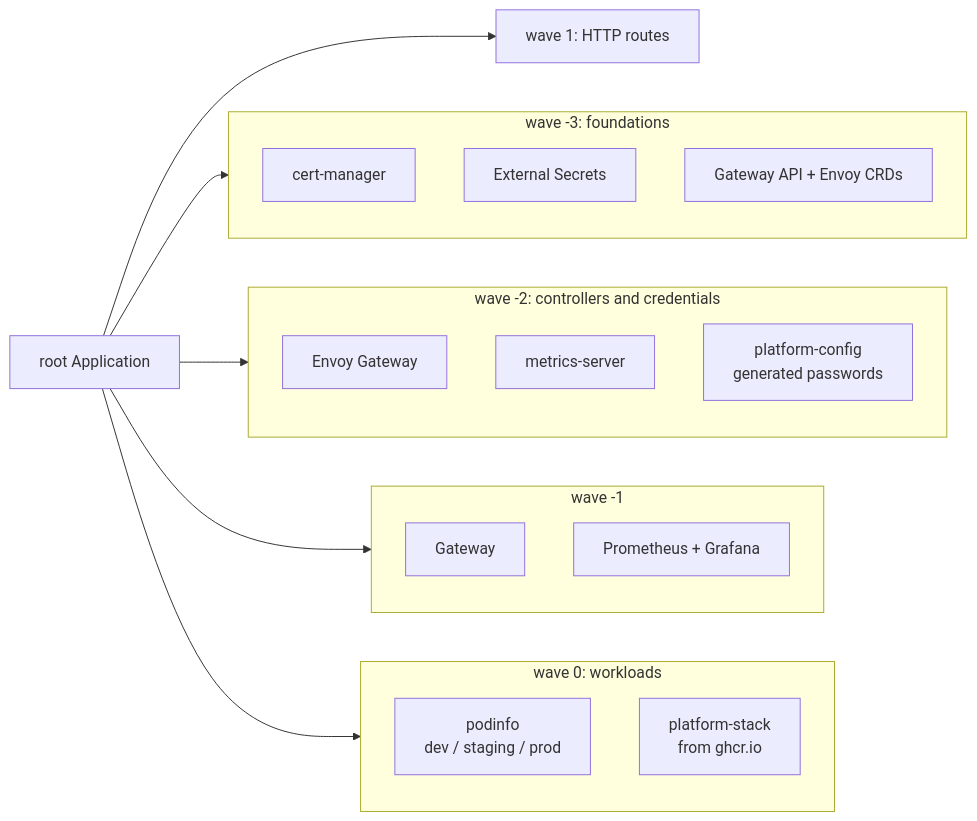
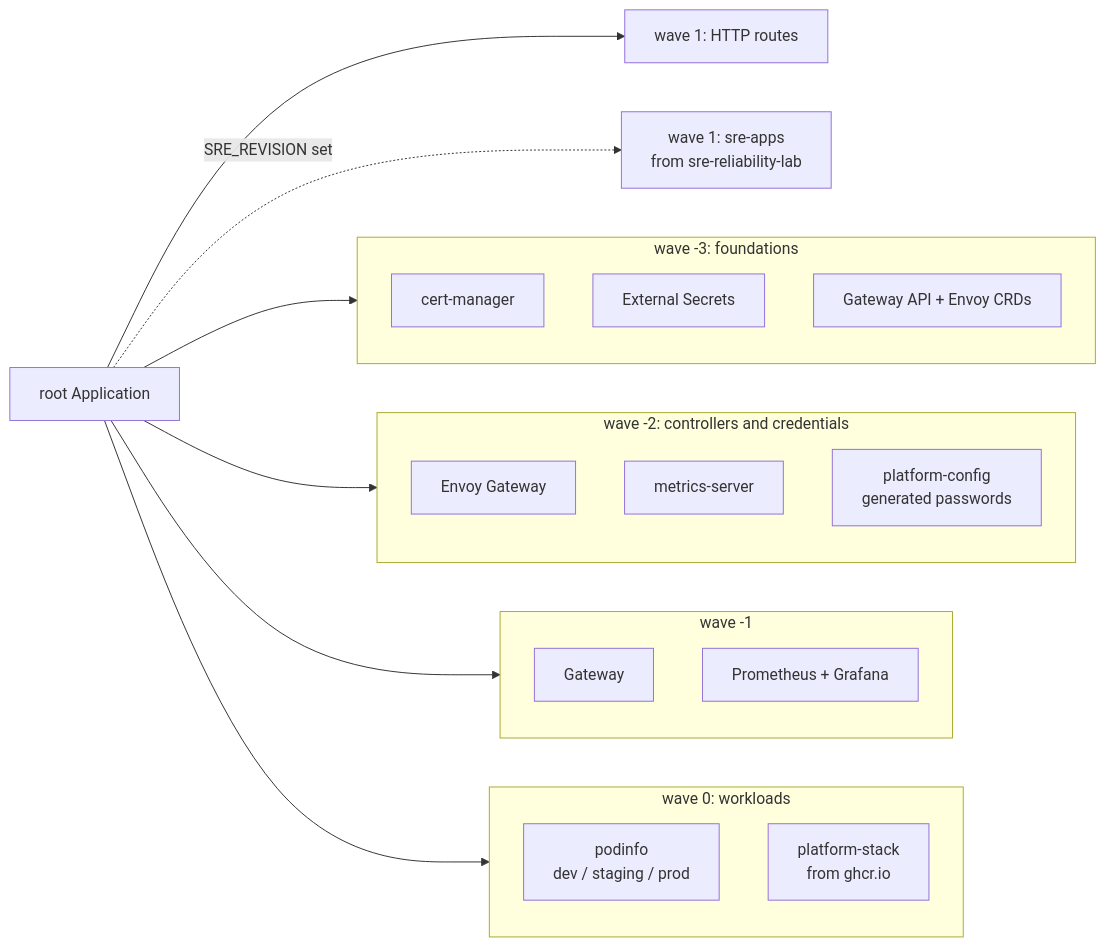
Before and after one commit to vlad-radu-anca/gitops-platform: the diagram in README.md, drawn with Mermaid. The commit also changed other lines of this file and 7 other files, not shown here.

````diff
--- a/README.md
+++ b/README.md
@@ -13,23 +13,24 @@
 ```mermaid
 flowchart LR
   root[root Application] --> w3 & w2 & w1 & w0 & r
   subgraph w3 [wave -3: foundations]
     cm[cert-manager]
     eso[External Secrets]
     crds[Gateway API + Envoy CRDs]
   end
   subgraph w2 [wave -2: controllers and credentials]
     eg[Envoy Gateway]
     ms[metrics-server]
     pc[platform-config<br/>generated passwords]
   end
   subgraph w1 [wave -1]
     gw[Gateway]
     mon[Prometheus + Grafana]
   end
   subgraph w0 [wave 0: workloads]
     pi[podinfo<br/>dev / staging / prod]
     ps[platform-stack<br/>from ghcr.io]
   end
   r[wave 1: HTTP routes]
+  root -. "SRE_REVISION set" .-> sre[wave 1: sre-apps<br/>from sre-reliability-lab]
 ```
````
